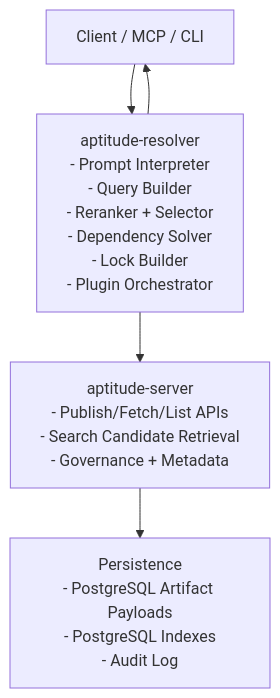
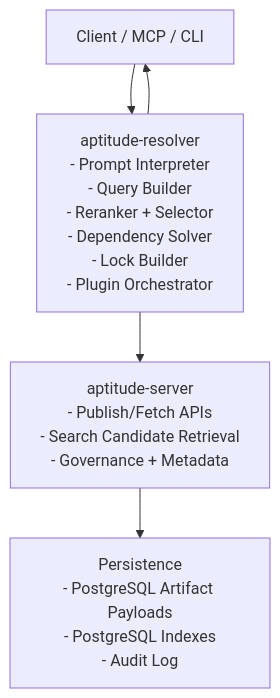
Before and after one commit to y0ncha/aptitude-server: the diagram in docs/overview.md, drawn with Mermaid. The commit also changed other lines of this file and 50 other files, not shown here.

````diff
--- a/docs/overview.md
+++ b/docs/overview.md
@@ -61,13 +61,13 @@
 ```mermaid
 flowchart TB
 
 Client["Client / MCP / CLI"]
 Resolver["aptitude-resolver\n- Prompt Interpreter\n- Query Builder\n- Reranker + Selector\n- Dependency Solver\n- Lock Builder\n- Plugin Orchestrator"]
-Registry["aptitude-server\n- Publish/Fetch/List APIs\n- Search Candidate Retrieval\n- Governance + Metadata"]
+Registry["aptitude-server\n- Publish/Fetch APIs\n- Search Candidate Retrieval\n- Governance + Metadata"]
 Storage["Persistence\n- PostgreSQL Artifact Payloads\n- PostgreSQL Indexes\n- Audit Log"]
 
 Client --> Resolver
 Resolver --> Registry
 Registry --> Storage
 Resolver --> Client
 ```
````
